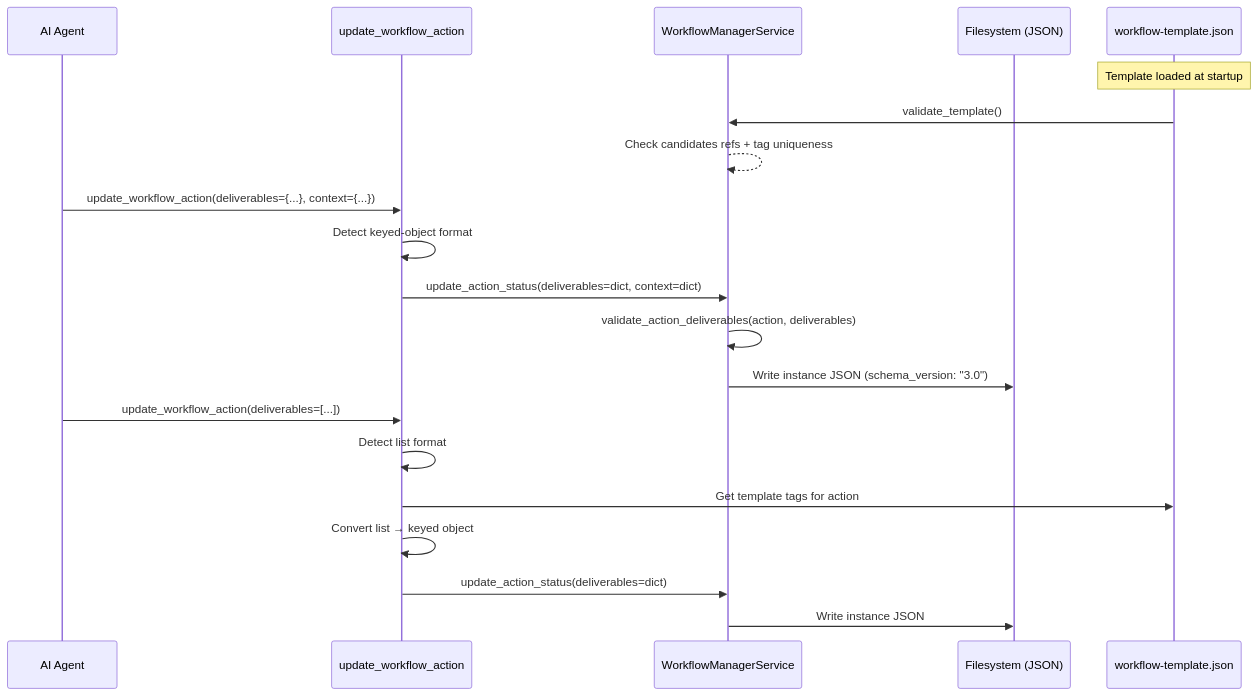
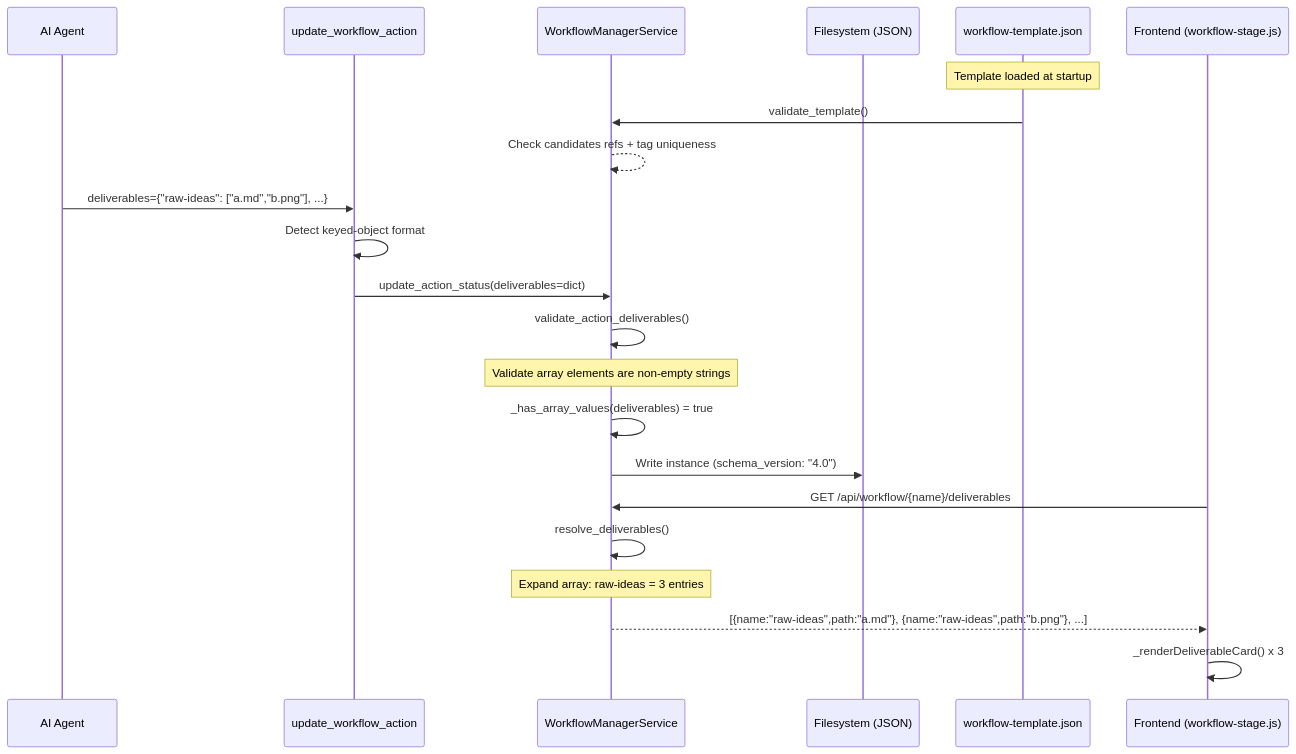
Before and after one commit to Young-Z/X-IPE: the first of 2 diagrams in x-ipe-docs/requirements/EPIC-041/FEATURE-041-E/technical-design.md, drawn with Mermaid. The commit also changed other lines of this file and 163 other files, not shown here.

````diff
--- a/x-ipe-docs/requirements/EPIC-041/FEATURE-041-E/technical-design.md
+++ b/x-ipe-docs/requirements/EPIC-041/FEATURE-041-E/technical-design.md
@@ -80,25 +109,27 @@
 ```mermaid
 sequenceDiagram
     participant Agent as AI Agent
     participant MCP as update_workflow_action
     participant WMS as WorkflowManagerService
     participant FS as Filesystem (JSON)
     participant TPL as workflow-template.json
+    participant FE as Frontend (workflow-stage.js)
 
     Note over TPL: Template loaded at startup
     TPL->>WMS: validate_template()
     WMS-->>WMS: Check candidates refs + tag uniqueness
 
-    Agent->>MCP: update_workflow_action(deliverables={...}, context={...})
+    Agent->>MCP: deliverables={"raw-ideas": ["a.md","b.png"], ...}
     MCP->>MCP: Detect keyed-object format
-    MCP->>WMS: update_action_status(deliverables=dict, context=dict)
-    WMS->>WMS: validate_action_deliverables(action, deliverables)
-    WMS->>FS: Write instance JSON (schema_version: "3.0")
+    MCP->>WMS: update_action_status(deliverables=dict)
+    WMS->>WMS: validate_action_deliverables()
+    Note over WMS: Validate array elements are non-empty strings
+    WMS->>WMS: _has_array_values(deliverables) = true
+    WMS->>FS: Write instance (schema_version: "4.0")
 
-    Agent->>MCP: update_workflow_action(deliverables=[...])
-    MCP->>MCP: Detect list format
-    MCP->>TPL: Get template tags for action
-    MCP->>MCP: Convert list → keyed object
-    MCP->>WMS: update_action_status(deliverables=dict)
-    WMS->>FS: Write instance JSON
+    FE->>WMS: GET /api/workflow/{name}/deliverables
+    WMS->>WMS: resolve_deliverables()
+    Note over WMS: Expand array: raw-ideas = 3 entries
+    WMS-->>FE: [{name:"raw-ideas",path:"a.md"}, {name:"raw-ideas",path:"b.png"}, ...]
+    FE->>FE: _renderDeliverableCard() x 3
 ```
````
